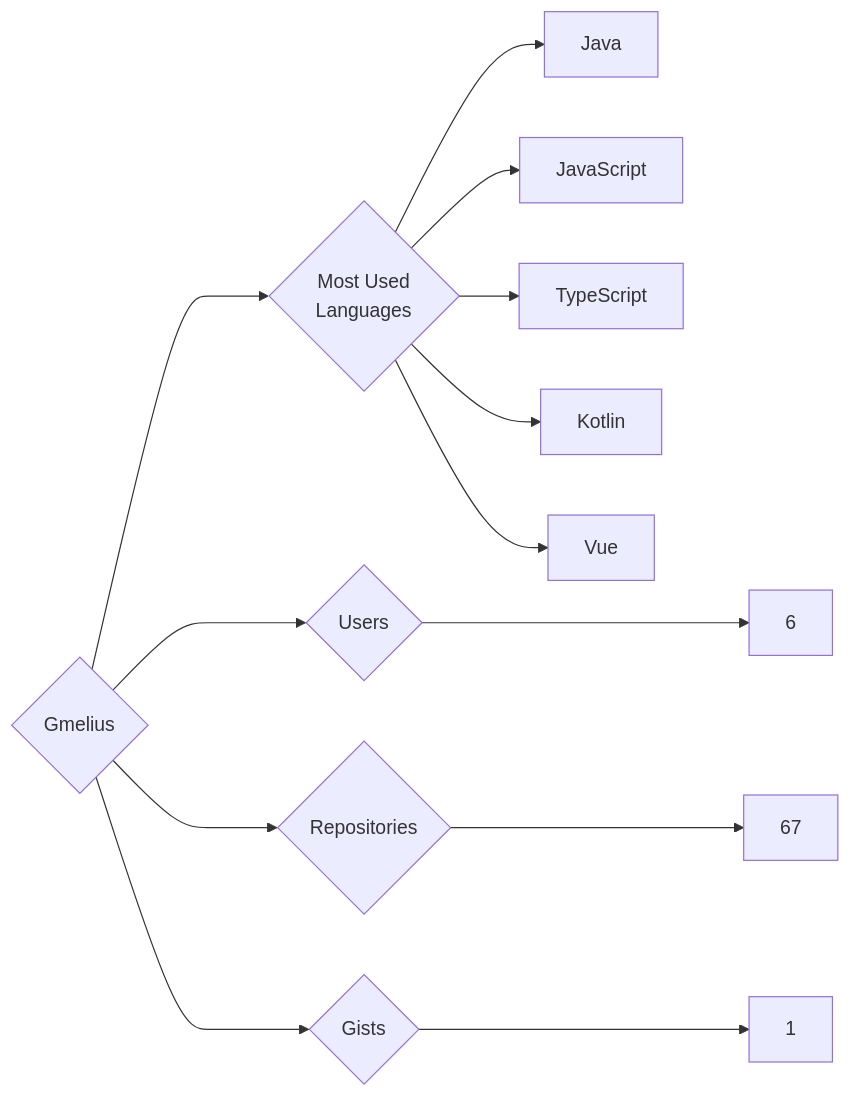
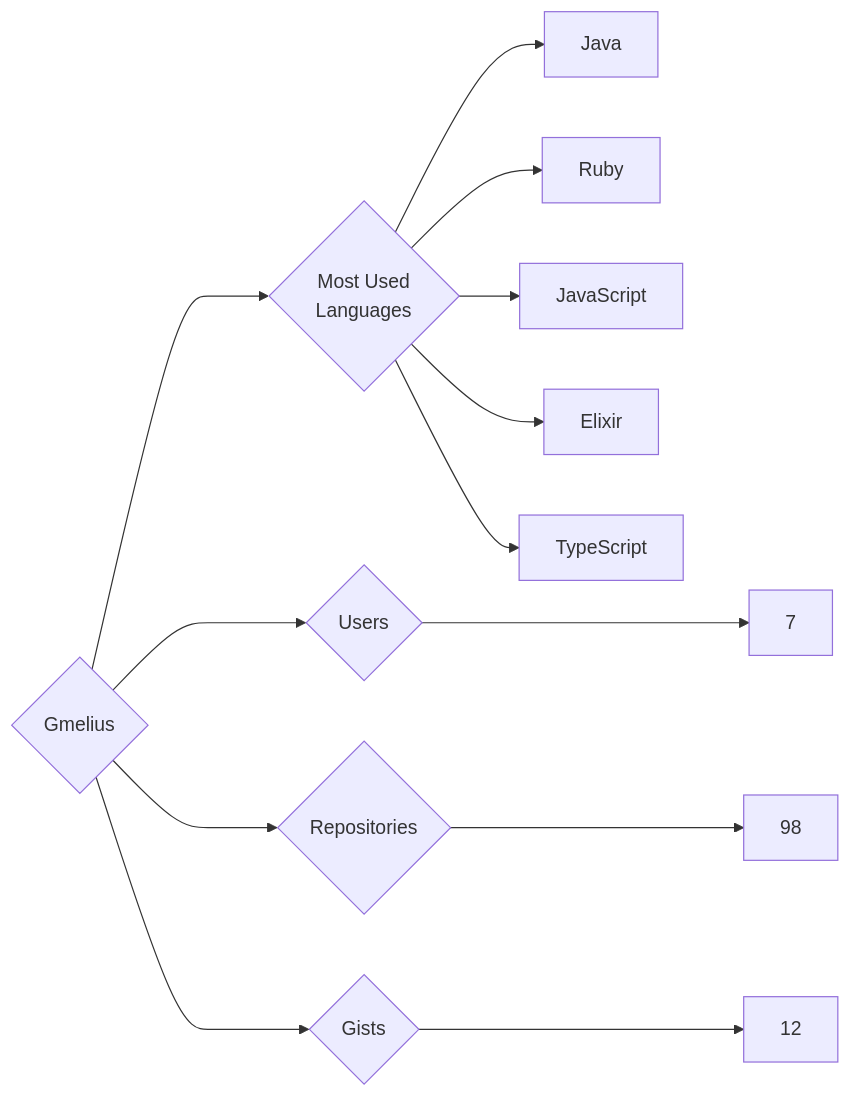
One commit to trickest/insiders changed the diagram in targets/Gmelius/README.md. Above: the diagram before and after it, drawn with Mermaid. The commit also changed 951 other files, not shown here.

````diff
--- a/targets/Gmelius/README.md
+++ b/targets/Gmelius/README.md
@@ -3,13 +3,13 @@
 ```mermaid
 graph LR
 COMPANY_NAME{Gmelius}
-COMPANY_NAME ---> U{Users} ---> UN[6]
-COMPANY_NAME ---> R{Repositories} ---> RN[67]
-COMPANY_NAME ---> G{Gists} ---> GN[1]
+COMPANY_NAME ---> U{Users} ---> UN[7]
+COMPANY_NAME ---> R{Repositories} ---> RN[98]
+COMPANY_NAME ---> G{Gists} ---> GN[12]
 COMPANY_NAME ---> ML{Most Used<br>Languages}
-ML --> Java
-ML --> JavaScript
-ML --> TypeScript
-ML --> Kotlin
-ML --> Vue
+ML --> Java[Java]
+ML --> Ruby[Ruby]
+ML --> JavaScript[JavaScript]
+ML --> Elixir[Elixir]
+ML --> TypeScript[TypeScript]
 ```
````
